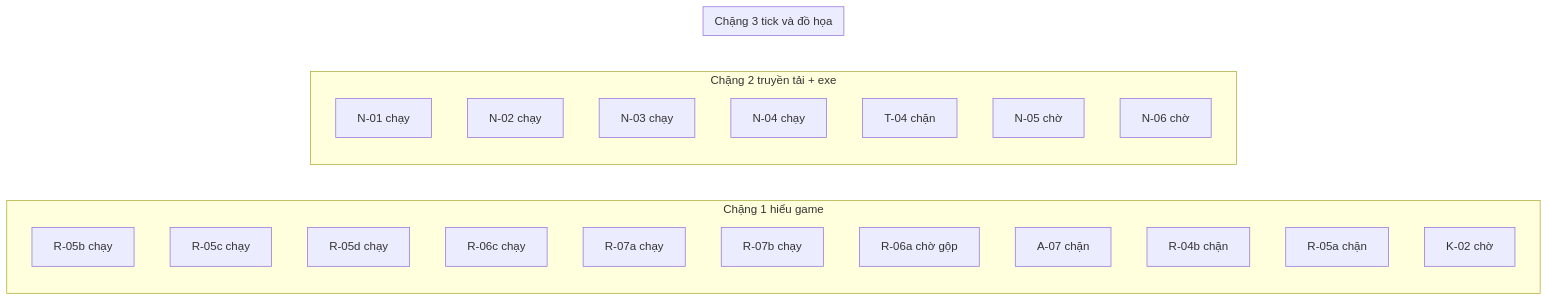
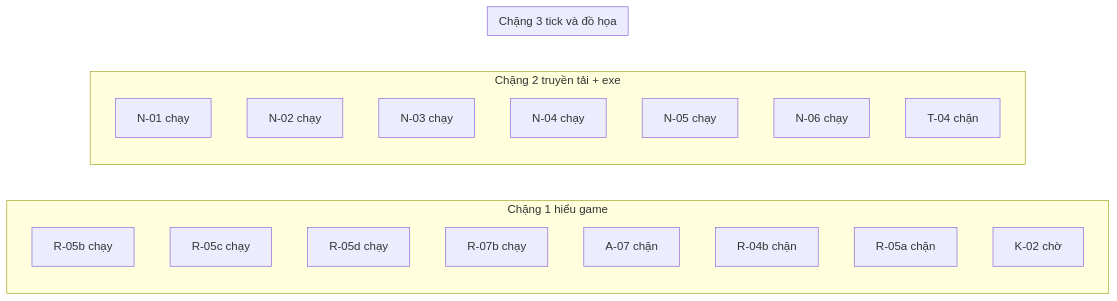
The diagram in JX1_OPS/STATE/TIEN-DO.md (ndtangoss-dev/jx1-reports), drawn with Mermaid before and after one commit. The commit also changed other lines of this file and 3 other files, not shown here.

````diff
--- a/JX1_OPS/STATE/TIEN-DO.md
+++ b/JX1_OPS/STATE/TIEN-DO.md
@@ -9,27 +9,24 @@
 ```mermaid
 flowchart LR
   subgraph S1["Chặng 1 hiểu game"]
     R_05b["R-05b chạy"]
     R_05c["R-05c chạy"]
     R_05d["R-05d chạy"]
-    R_06c["R-06c chạy"]
-    R_07a["R-07a chạy"]
     R_07b["R-07b chạy"]
-    R_06a["R-06a chờ gộp"]
     A_07["A-07 chặn"]
     R_04b["R-04b chặn"]
     R_05a["R-05a chặn"]
     K_02["K-02 chờ"]
   end
   subgraph S2["Chặng 2 truyền tải + exe"]
     N_01["N-01 chạy"]
     N_02["N-02 chạy"]
     N_03["N-03 chạy"]
     N_04["N-04 chạy"]
+    N_05["N-05 chạy"]
+    N_06["N-06 chạy"]
     T_04["T-04 chặn"]
-    N_05["N-05 chờ"]
-    N_06["N-06 chờ"]
   end
   subgraph S3["Chặng 3 tick và đồ họa"]
   end
 ```
````
